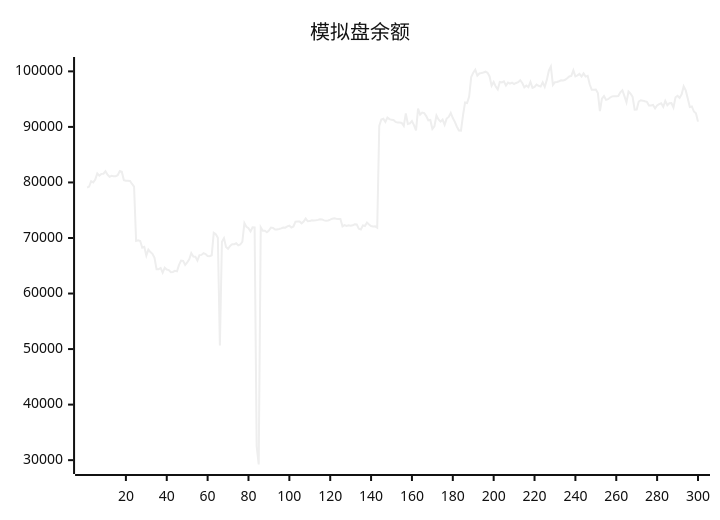
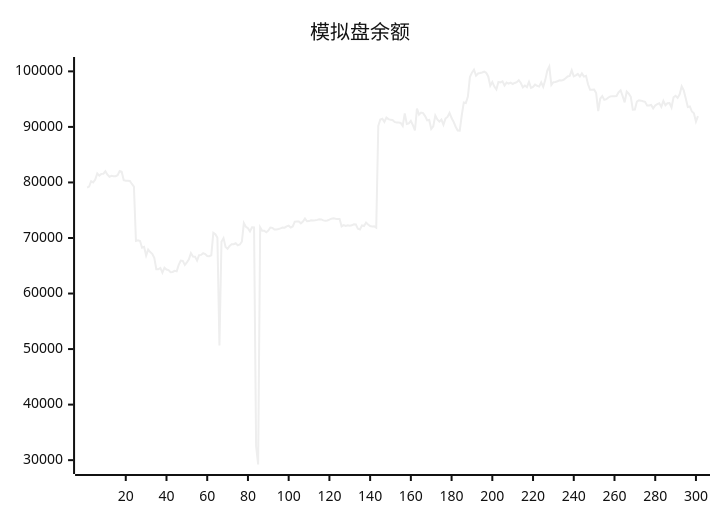
The diagram in README.md (aahl/ai-trading), drawn with Mermaid (neutral theme) before and after one commit. The commit also changed other lines of this file and 1 other file, not shown here.

````diff
--- a/README.md
+++ b/README.md
@@ -5,5 +5,5 @@
 ```mermaid
 xychart
     title "模拟盘余额"
-    line [79063,79245,80227,80016,80507,81625,81233,81544,81578,82016,81401,81019,81186,81130,81118,81306,82066,81909,80392,80304,80291,80258,79729,79261,69466,69579,69456,68251,68415,66832,67911,67462,67144,66432,64380,64375,64606,63741,64647,64324,64216,63842,63877,64079,64008,65156,65945,65888,65157,65625,66144,67284,66653,66639,65924,66925,66956,67263,67108,66766,66729,66886,70927,70673,70049,50652,69334,69973,68400,68061,68578,68877,68879,69055,68662,68822,69329,72687,71999,71760,71163,71911,71896,32500,29218,71927,71297,71305,71044,71337,71883,71822,71536,71536,71622,71723,71880,71860,72100,72216,71887,72077,72940,72976,72966,72638,72948,73497,73004,73041,73173,73160,73187,73258,73375,73351,73173,73098,73161,73305,73474,73536,73457,73413,73412,72100,72333,72164,72272,72204,72285,72461,72421,71652,71521,72267,72157,72774,72425,72144,72060,72091,71858,90185,91338,91466,90900,91678,91404,91268,91244,90903,90779,90787,90721,90187,92429,90518,90619,91070,90328,89376,93286,92202,92581,92485,91947,91196,91259,89619,90086,92063,91355,90950,91327,90373,91498,91800,92531,91603,90910,90031,89351,89334,92097,94406,94315,95455,98972,99763,100286,99229,99622,99701,99805,99938,99738,99082,97430,98094,97267,96741,98081,98013,98194,97447,97983,97789,97969,97729,97911,98043,98405,97912,97120,97448,97154,98095,97021,97191,97616,97402,97263,98035,97210,98424,100121,100876,97552,98049,98085,98228,98388,98342,98488,98750,99086,99181,100188,99107,99272,99553,99072,99636,99061,99186,97674,96679,96704,96743,96096,92830,95088,95560,94866,94995,95295,95497,95531,95527,95559,96236,96597,95538,94422,96363,95972,95418,93095,93128,94558,94795,94727,94611,94508,93857,93852,93955,93340,93862,94112,94249,93603,94682,93898,94267,94288,93490,95337,95601,95226,95879,97301,96573,95113,93569,93681,92773,92453,90953]
+    line [79063,79245,80227,80016,80507,81625,81233,81544,81578,82016,81401,81019,81186,81130,81118,81306,82066,81909,80392,80304,80291,80258,79729,79261,69466,69579,69456,68251,68415,66832,67911,67462,67144,66432,64380,64375,64606,63741,64647,64324,64216,63842,63877,64079,64008,65156,65945,65888,65157,65625,66144,67284,66653,66639,65924,66925,66956,67263,67108,66766,66729,66886,70927,70673,70049,50652,69334,69973,68400,68061,68578,68877,68879,69055,68662,68822,69329,72687,71999,71760,71163,71911,71896,32500,29218,71927,71297,71305,71044,71337,71883,71822,71536,71536,71622,71723,71880,71860,72100,72216,71887,72077,72940,72976,72966,72638,72948,73497,73004,73041,73173,73160,73187,73258,73375,73351,73173,73098,73161,73305,73474,73536,73457,73413,73412,72100,72333,72164,72272,72204,72285,72461,72421,71652,71521,72267,72157,72774,72425,72144,72060,72091,71858,90185,91338,91466,90900,91678,91404,91268,91244,90903,90779,90787,90721,90187,92429,90518,90619,91070,90328,89376,93286,92202,92581,92485,91947,91196,91259,89619,90086,92063,91355,90950,91327,90373,91498,91800,92531,91603,90910,90031,89351,89334,92097,94406,94315,95455,98972,99763,100286,99229,99622,99701,99805,99938,99738,99082,97430,98094,97267,96741,98081,98013,98194,97447,97983,97789,97969,97729,97911,98043,98405,97912,97120,97448,97154,98095,97021,97191,97616,97402,97263,98035,97210,98424,100121,100876,97552,98049,98085,98228,98388,98342,98488,98750,99086,99181,100188,99107,99272,99553,99072,99636,99061,99186,97674,96679,96704,96743,96096,92830,95088,95560,94866,94995,95295,95497,95531,95527,95559,96236,96597,95538,94422,96363,95972,95418,93095,93128,94558,94795,94727,94611,94508,93857,93852,93955,93340,93862,94112,94249,93603,94682,93898,94267,94288,93490,95337,95601,95226,95879,97301,96573,95113,93569,93681,92773,92453,90953,91954]
 ```
````
